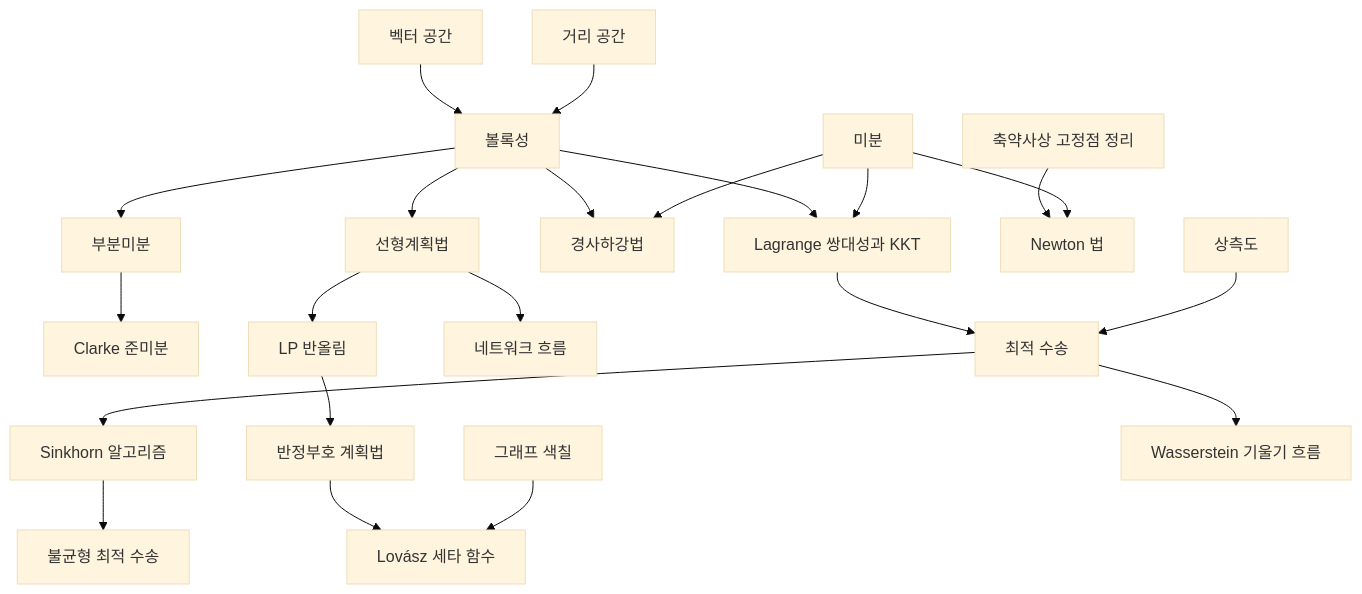
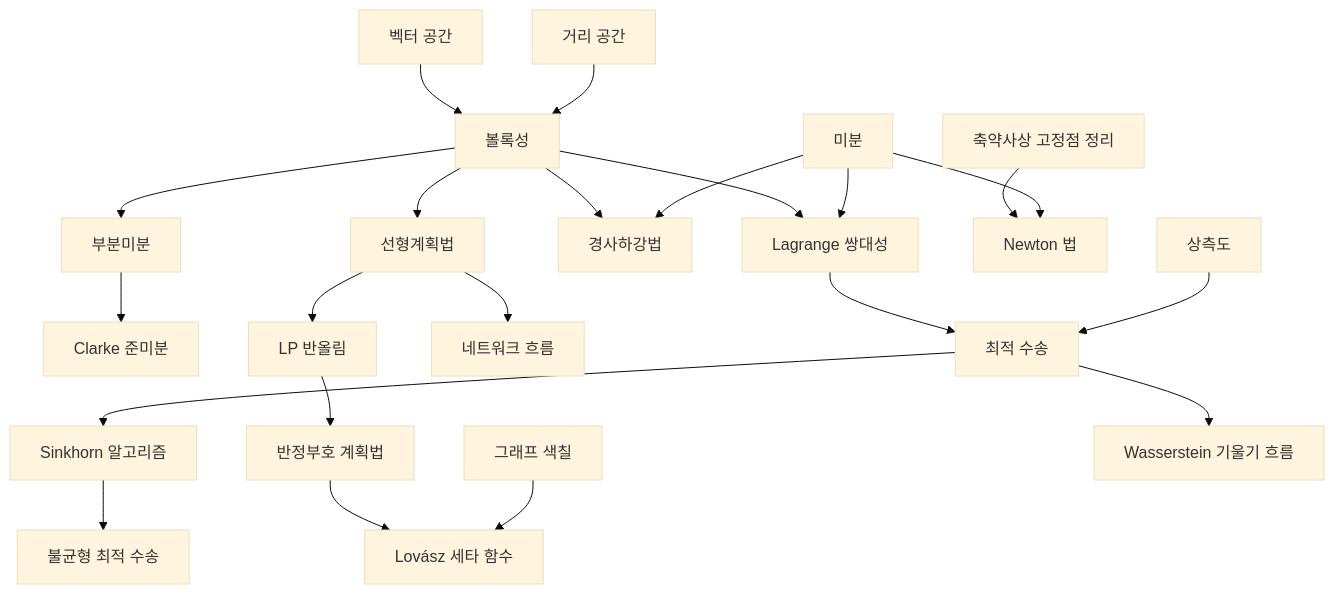
One commit to Phryxia/math-map changed the diagram in docs/optimization-overview.md. Above: the diagram before and after it, drawn with Mermaid (base theme). The commit also changed other lines of this file, not shown here.

````diff
--- a/docs/optimization-overview.md
+++ b/docs/optimization-overview.md
@@ -13,24 +13,24 @@
 ```mermaid
 graph TD
   VS["벡터 공간"] --> CX["볼록성"]
   MS["거리 공간"] --> CX
   CX --> SG["부분미분"]
   SG --> CS["Clarke 준미분"]
-  CX --> LD["Lagrange 쌍대성과 KKT"]
+  CX --> LD["Lagrange 쌍대성"]
   CX --> GD["경사하강법"]
   CX --> LP["선형계획법"]
   DV["미분"] --> LD
   DV --> GD
   BF["축약사상 고정점 정리"] --> NM["Newton 법"]
   DV --> NM
   LP --> LR["LP 반올림"]
   LP --> NF["네트워크 흐름"]
   LR --> SD["반정부호 계획법"]
   SD --> LT["Lovász 세타 함수"]
   GC["그래프 색칠"] --> LT
   LD --> OT["최적 수송"]
   PM["상측도"] --> OT
   OT --> SK["Sinkhorn 알고리즘"]
   SK --> UO["불균형 최적 수송"]
   OT --> WG["Wasserstein 기울기 흐름"]
 ```
````
